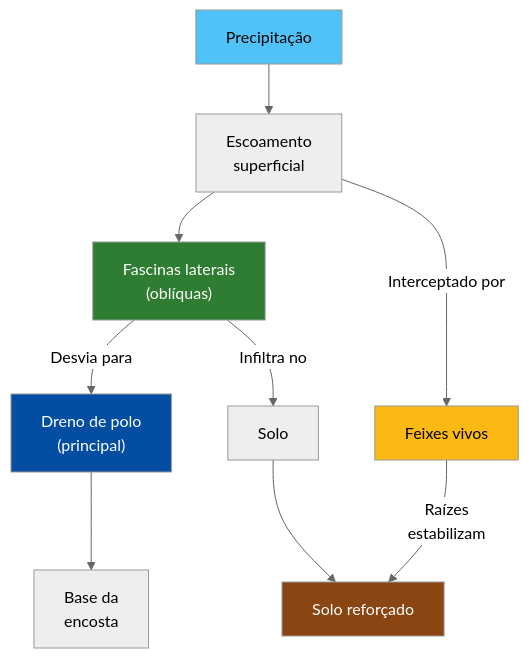
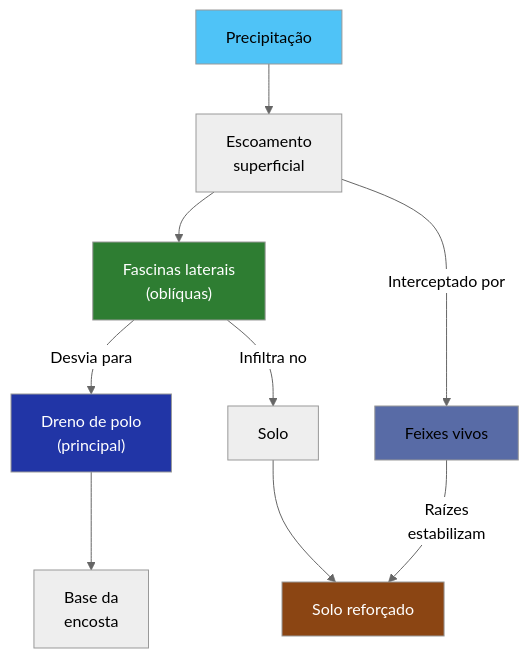
One commit to ldvsantos/cv changed the sixth of 10 diagrams in aulas/bioengenharia_de_solos/aulas/feixes_vivos/feixes_vivos.qmd. Above: the diagram before and after it, drawn with Mermaid (neutral theme). The commit also changed other lines of this file and 466 other files, not shown here.

````diff
--- a/aulas/bioengenharia_de_solos/aulas/feixes_vivos/feixes_vivos.qmd
+++ b/aulas/bioengenharia_de_solos/aulas/feixes_vivos/feixes_vivos.qmd
@@ -593,17 +591,17 @@
 ```{mermaid}
 %%| fig-width: 5.5
 graph TD
     A["Precipitação"] --> B["Escoamento<br>superficial"]
     B --> C["Fascinas laterais<br>(oblíquas)"]
     C -->|"Desvia para"| D["Dreno de polo<br>(principal)"]
     D --> E["Base da<br>encosta"]
     C -->|"Infiltra no"| F["Solo"]
     B -->|"Interceptado por"| G["Feixes vivos"]
     G -->|"Raízes<br>estabilizam"| H["Solo reforçado"]
     F --> H
     style A fill:#4FC3F7,color:#000
     style C fill:#2E7D32,color:#fff
-    style D fill:#034EA2,color:#fff
-    style G fill:#FDB913,color:#000
+    style D fill:#2135A6,color:#fff
+    style G fill:#586BA6,color:#000
     style H fill:#8B4513,color:#fff
 ```
````
